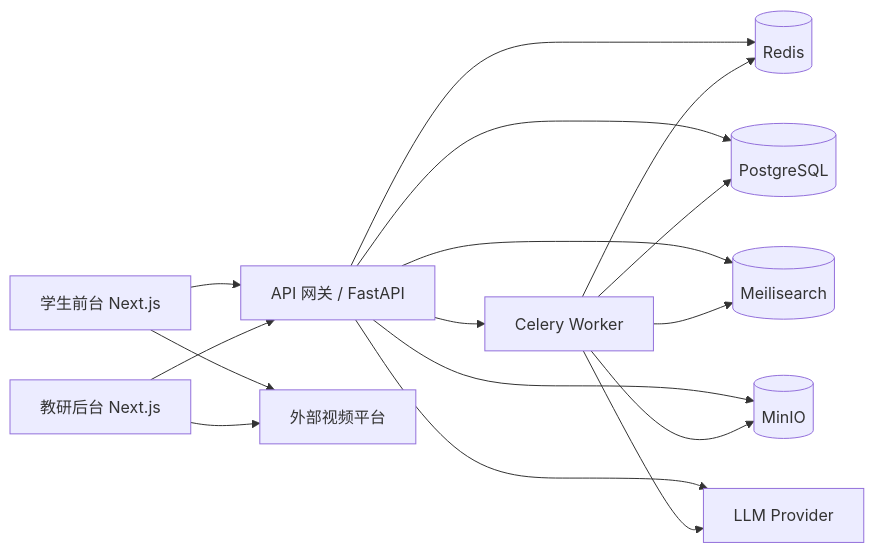
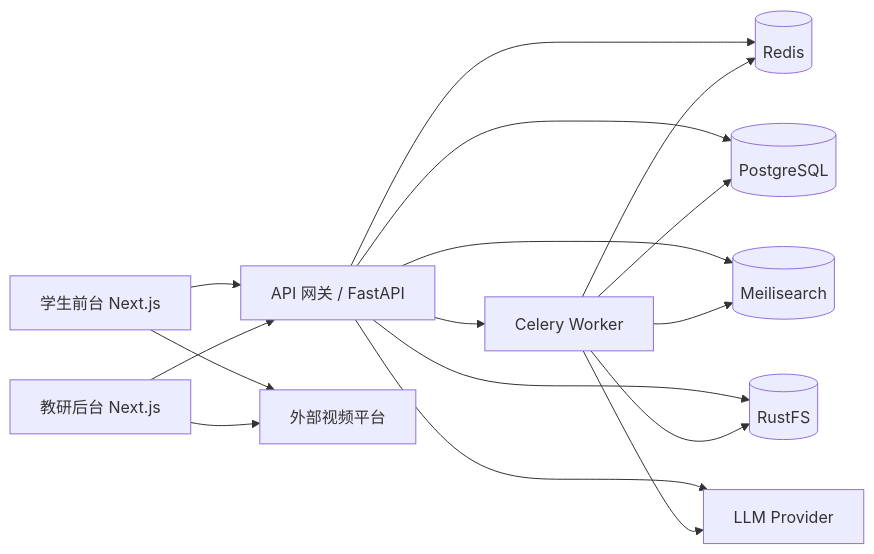
Before and after one commit to asatasinon/K-12-Math-Matrix: the diagram in docs/architecture.md, drawn with Mermaid. The commit also changed other lines of this file and 2 other files, not shown here.

Commit message:
docs: update architecture and tech stack to replace MinIO with RustFS for object storage

````diff
--- a/docs/architecture.md
+++ b/docs/architecture.md
@@ -34,18 +34,18 @@
 ```mermaid
 flowchart LR
   A[学生前台 Next.js] --> B[API 网关 / FastAPI]
   C[教研后台 Next.js] --> B
   B --> J[Celery Worker]
   B --> D[(PostgreSQL)]
   B --> E[(Redis)]
   B --> F[(Meilisearch)]
-  B --> G[(MinIO)]
+  B --> G[(RustFS)]
   B --> H[LLM Provider]
   J --> E
   J --> D
   J --> F
   J --> G
   J --> H
   A --> I[外部视频平台]
   C --> I
 ```
````
